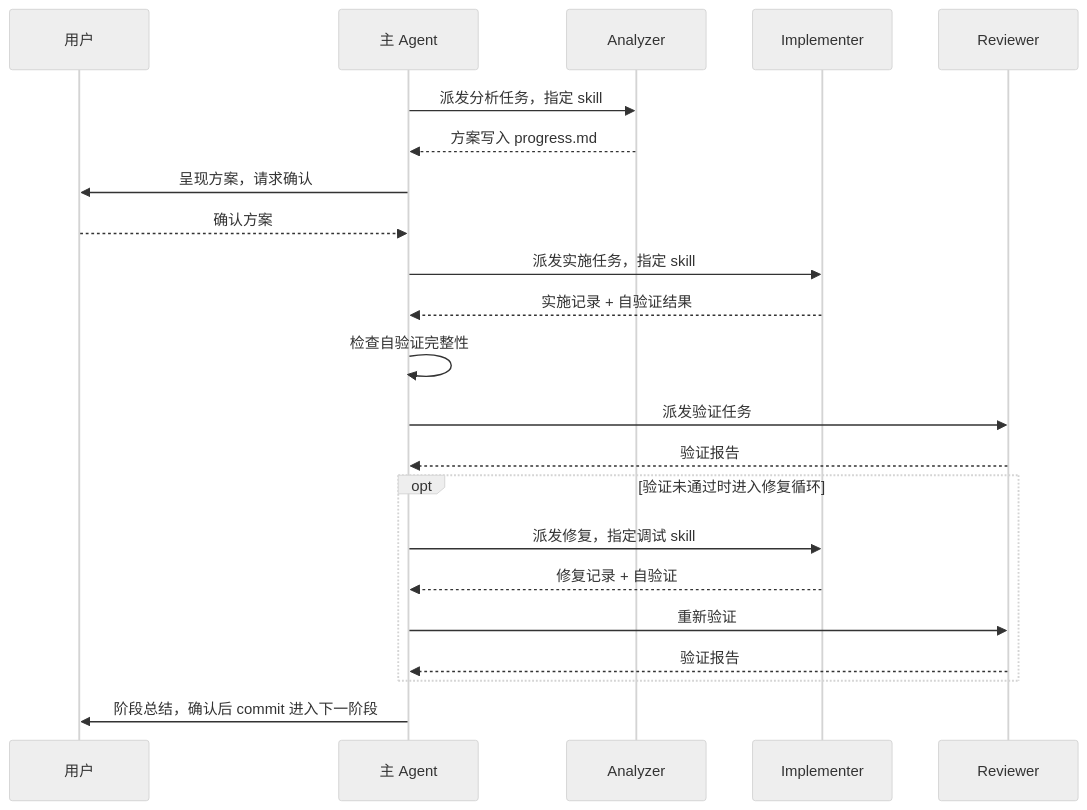
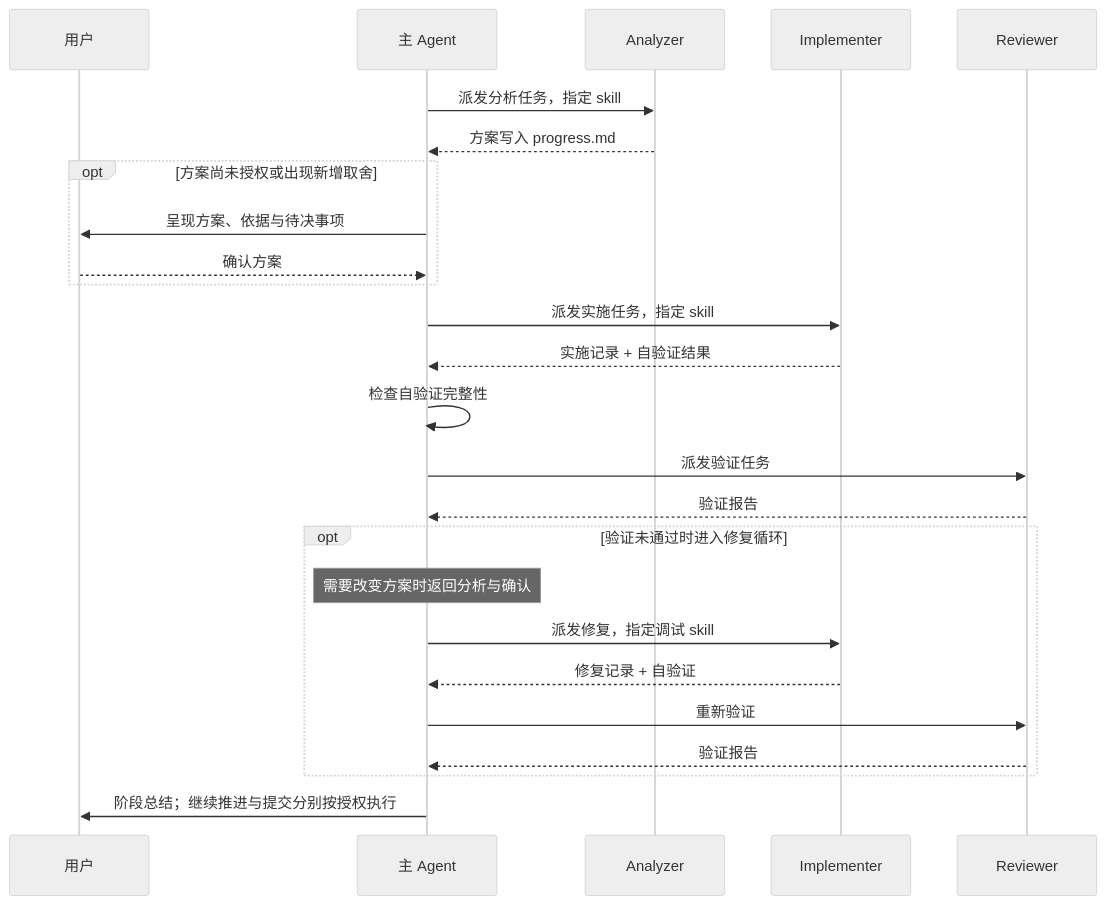
The diagram in docs/agent/model-infer-optimize-design.md (hicann/cann-recipes-infer), drawn with Mermaid (neutral theme) before and after one commit. The commit also changed other lines of this file and 111 other files, not shown here.

````diff
--- a/docs/agent/model-infer-optimize-design.md
+++ b/docs/agent/model-infer-optimize-design.md
@@ -134,27 +140,30 @@
 ```mermaid
 sequenceDiagram
     participant U as 用户
     participant M as 主 Agent
     participant A as Analyzer
     participant I as Implementer
     participant R as Reviewer
 
     M->>A: 派发分析任务，指定 skill
     A-->>M: 方案写入 progress.md
-    M->>U: 呈现方案，请求确认
-    U-->>M: 确认方案
+    opt 方案尚未授权或出现新增取舍
+        M->>U: 呈现方案、依据与待决事项
+        U-->>M: 确认方案
+    end
     M->>I: 派发实施任务，指定 skill
     I-->>M: 实施记录 + 自验证结果
     M->>M: 检查自验证完整性
     M->>R: 派发验证任务
     R-->>M: 验证报告
 
     opt 验证未通过时进入修复循环
+        Note over M: 需要改变方案时返回分析与确认
         M->>I: 派发修复，指定调试 skill
         I-->>M: 修复记录 + 自验证
         M->>R: 重新验证
         R-->>M: 验证报告
     end
 
-    M->>U: 阶段总结，确认后 commit 进入下一阶段
+    M->>U: 阶段总结；继续推进与提交分别按授权执行
 ```
````
